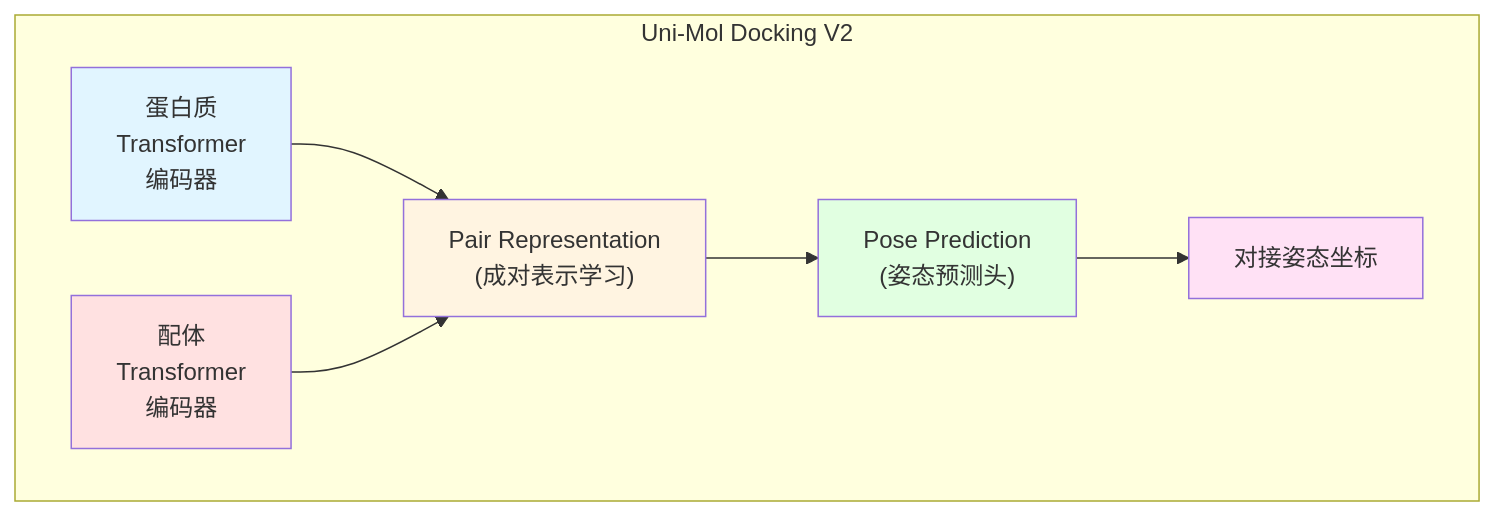
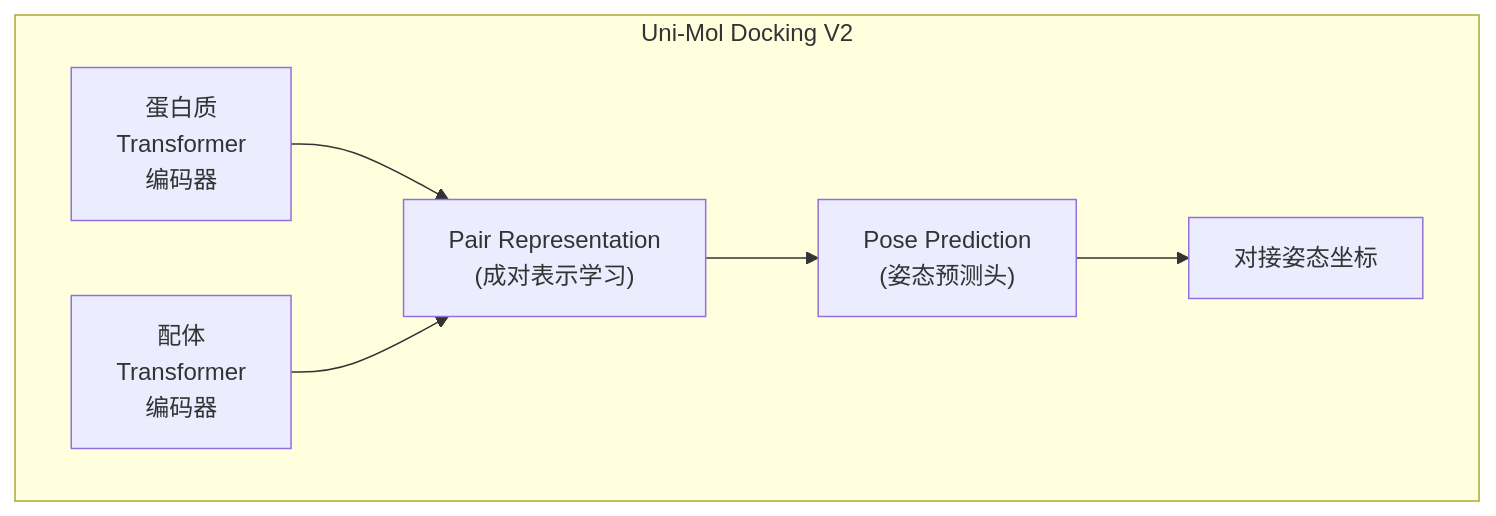
One commit to virtualguard101/flash_dock changed the second of 5 diagrams in architecture.md. Above: the diagram before and after it, drawn with Mermaid. The commit also changed other lines of this file, not shown here.

Commit message:
docs: update architecture

````diff
--- a/architecture.md
+++ b/architecture.md
@@ -245,20 +239,14 @@
 ```mermaid
 graph TB
     subgraph UniMol["Uni-Mol Docking V2"]
         Protein["蛋白质<br/>Transformer<br/>编码器"]
         Ligand["配体<br/>Transformer<br/>编码器"]
         
         Protein --> Pair["Pair Representation<br/>(成对表示学习)"]
         Ligand --> Pair
         
         Pair --> Pose["Pose Prediction<br/>(姿态预测头)"]
         
         Pose --> Output["对接姿态坐标"]
     end
-    
-    style Protein fill:#e1f5ff
-    style Ligand fill:#ffe1e1
-    style Pair fill:#fff4e1
-    style Pose fill:#e1ffe1
-    style Output fill:#ffe1f5
 ```
````
